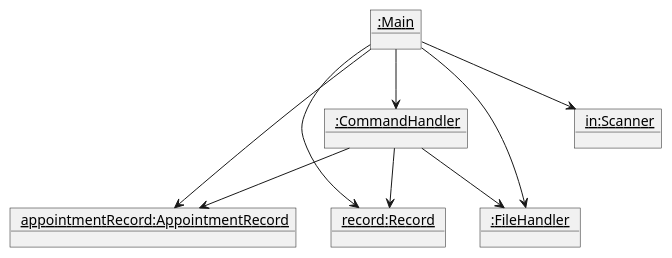
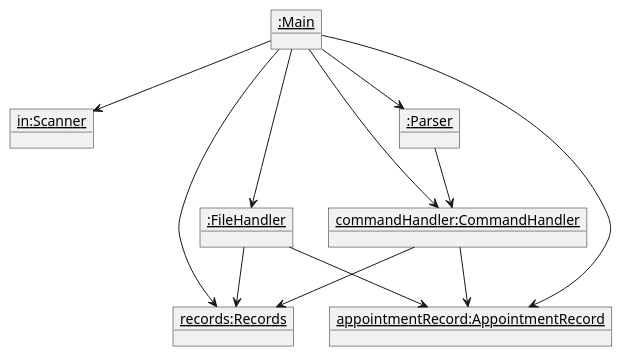
The diagram in docs/BeforeAppointment.puml (yentheng0110/tp), drawn with PlantUML before and after one commit. The commit also changed 8 other files, not shown here.

Commit message:
Update Object Diagram for Before Appointment and After Appointment , and Sequence Diagram for "appointment" command

```diff
--- a/docs/BeforeAppointment.puml
+++ b/docs/BeforeAppointment.puml
@@ -1,20 +1,49 @@
 @startuml
 'https://plantuml.com/object-diagram
+skinparam classAttributeIconSize 0
+hide circle
 
 object "<u>:Main</u>" as Main
-object "<u> :CommandHandler</u>" as CommandHandler
-object "<u> in:Scanner</u>" as Scanner
-object "<u> appointmentRecord:AppointmentRecord</u>" as AppointmentRecord
-object "<u> record:Record </u>" as Record
-object "<u> :FileHandler </u>" as FileHandler
 
-Main --> Record
+object "<u>in:Scanner</u>" as Scanner {
+
+}
+
+object "<u>records:Records</u>" as Records {
+
+}
+
+object "<u>appointmentRecord:AppointmentRecord</u>" as AppointmentRecord {
+
+}
+
+object "<u>:FileHandler</u>" as FileHandler {
+
+}
+
+object "<u>commandHandler:CommandHandler</u>" as CommandHandler {
+
+}
+
+object "<u>:Parser</u>" as Parser {
+
+}
+
+
+
+Main --> Scanner
+Main --> Records
 Main --> AppointmentRecord
 Main --> FileHandler
 Main --> CommandHandler
-Main --> Scanner
-CommandHandler --> FileHandler
+Main --> Parser
+Parser --> CommandHandler
+
+CommandHandler --> Records
 CommandHandler --> AppointmentRecord
-CommandHandler --> Record
+
+FileHandler --> Records
+FileHandler --> AppointmentRecord
+
 
 @enduml
```
